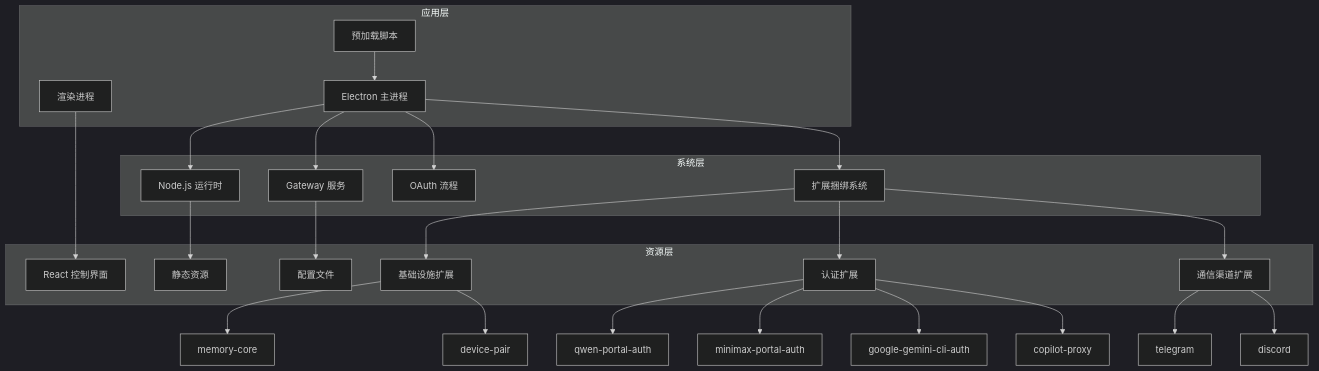
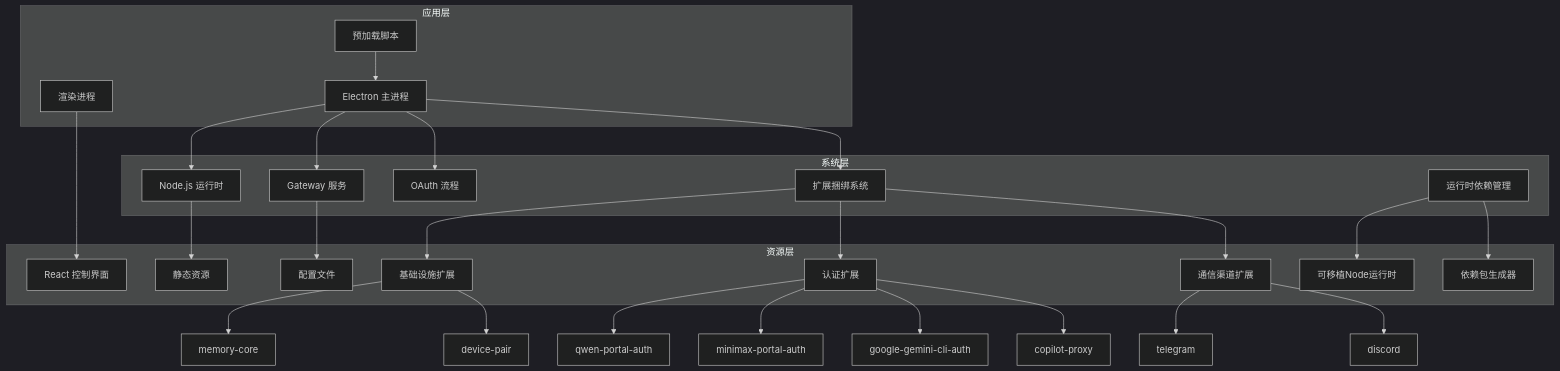
The fourth of 12 diagrams in .qoder/repowiki/zh/content/Electron Packaging Configuration.md (verse-ai-org/openclaw), drawn with Mermaid (dark theme) before and after one commit. The commit also changed other lines of this file and 27 other files, not shown here.

````diff
--- a/.qoder/repowiki/zh/content/Electron Packaging Configuration.md
+++ b/.qoder/repowiki/zh/content/Electron Packaging Configuration.md
@@ -200,41 +226,46 @@
 ```mermaid
 graph TB
 subgraph "应用层"
 A[Electron 主进程]
 B[渲染进程]
 C[预加载脚本]
 end
 subgraph "系统层"
 D[Node.js 运行时]
 E[Gateway 服务]
 F[OAuth 流程]
 G[扩展捆绑系统]
+H[运行时依赖管理]
 end
 subgraph "资源层"
-H[React 控制界面]
-I[静态资源]
-J[配置文件]
-K[基础设施扩展]
-L[认证扩展]
-M[通信渠道扩展]
+I[React 控制界面]
+J[静态资源]
+K[配置文件]
+L[基础设施扩展]
+M[认证扩展]
+N[通信渠道扩展]
+O[可移植Node运行时]
+P[依赖包生成器]
 end
 A --> D
 A --> E
 A --> F
 A --> G
-B --> H
+B --> I
 C --> A
-D --> I
-E --> J
-G --> K
+D --> J
+E --> K
 G --> L
 G --> M
-K --> N[memory-core]
-K --> O[device-pair]
-L --> P[qwen-portal-auth]
-L --> Q[minimax-portal-auth]
-L --> R[google-gemini-cli-auth]
-L --> S[copilot-proxy]
-M --> T[telegram]
-M --> U[discord]
+G --> N
+H --> O
+H --> P
+L --> Q[memory-core]
+L --> R[device-pair]
+M --> S[qwen-portal-auth]
+M --> T[minimax-portal-auth]
+M --> U[google-gemini-cli-auth]
+M --> V[copilot-proxy]
+N --> W[telegram]
+N --> X[discord]
 ```
````
